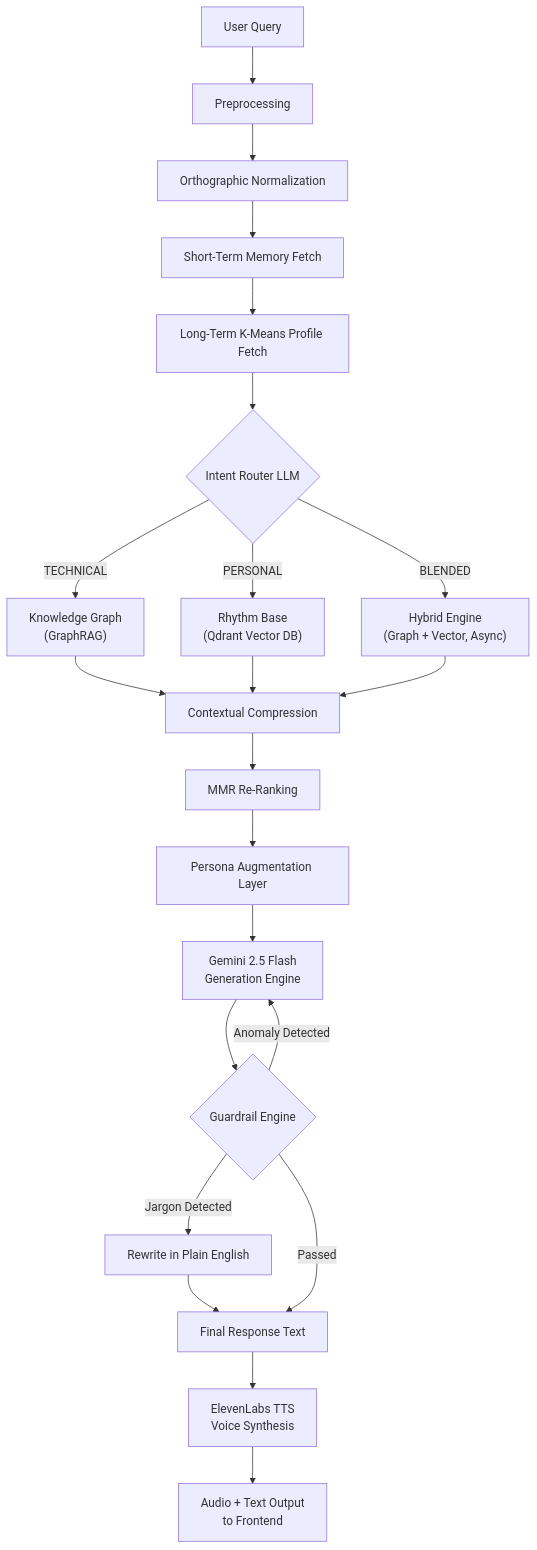
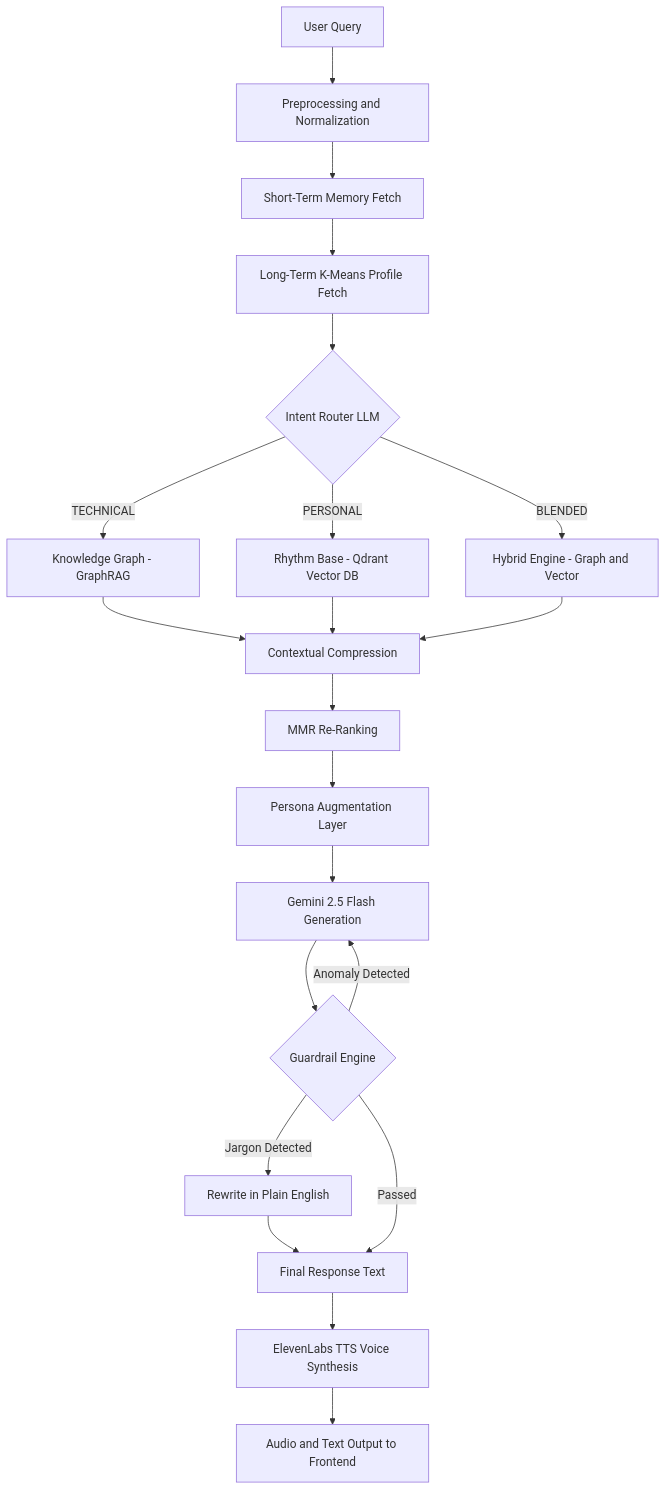
The first of 2 diagrams in README.md (RajatRawal-06/Digital_Twin_Rag), drawn with Mermaid before and after one commit. The commit also changed other lines of this file, not shown here.

Commit message:
docs: fix Mermaid rendering for GitHub, add Feynman portrait

````diff
--- a/README.md
+++ b/README.md
@@ -47,29 +57,28 @@
 ```mermaid
 flowchart TB
-    A["User Query"] --> B["Preprocessing"]
-    B --> B1["Orthographic Normalization"]
-    B1 --> B2["Short-Term Memory Fetch"]
-    B2 --> B3["Long-Term K-Means Profile Fetch"]
-    B3 --> C{"Intent Router LLM"}
+    A[User Query] --> B[Preprocessing and Normalization]
+    B --> B1[Short-Term Memory Fetch]
+    B1 --> B2[Long-Term K-Means Profile Fetch]
+    B2 --> C{Intent Router LLM}
 
-    C -- "TECHNICAL" --> D1["Knowledge Graph\n(GraphRAG)"]
-    C -- "PERSONAL" --> D2["Rhythm Base\n(Qdrant Vector DB)"]
-    C -- "BLENDED" --> D3["Hybrid Engine\n(Graph + Vector, Async)"]
+    C -- TECHNICAL --> D1[Knowledge Graph - GraphRAG]
+    C -- PERSONAL --> D2[Rhythm Base - Qdrant Vector DB]
+    C -- BLENDED --> D3[Hybrid Engine - Graph and Vector]
 
-    D1 --> E["Contextual Compression"]
+    D1 --> E[Contextual Compression]
     D2 --> E
     D3 --> E
 
-    E --> F["MMR Re-Ranking"]
-    F --> G["Persona Augmentation Layer"]
-    G --> H["Gemini 2.5 Flash\nGeneration Engine"]
-    H --> I{"Guardrail Engine"}
+    E --> F[MMR Re-Ranking]
+    F --> G[Persona Augmentation Layer]
+    G --> H[Gemini 2.5 Flash Generation]
+    H --> I{Guardrail Engine}
 
-    I -- "Anomaly Detected" --> H
-    I -- "Jargon Detected" --> J["Rewrite in Plain English"]
-    J --> K["Final Response Text"]
-    I -- "Passed" --> K
+    I -- Anomaly Detected --> H
+    I -- Jargon Detected --> J[Rewrite in Plain English]
+    J --> K[Final Response Text]
+    I -- Passed --> K
 
-    K --> L["ElevenLabs TTS\nVoice Synthesis"]
-    L --> M["Audio + Text Output\nto Frontend"]
+    K --> L[ElevenLabs TTS Voice Synthesis]
+    L --> M[Audio and Text Output to Frontend]
 ```
````
